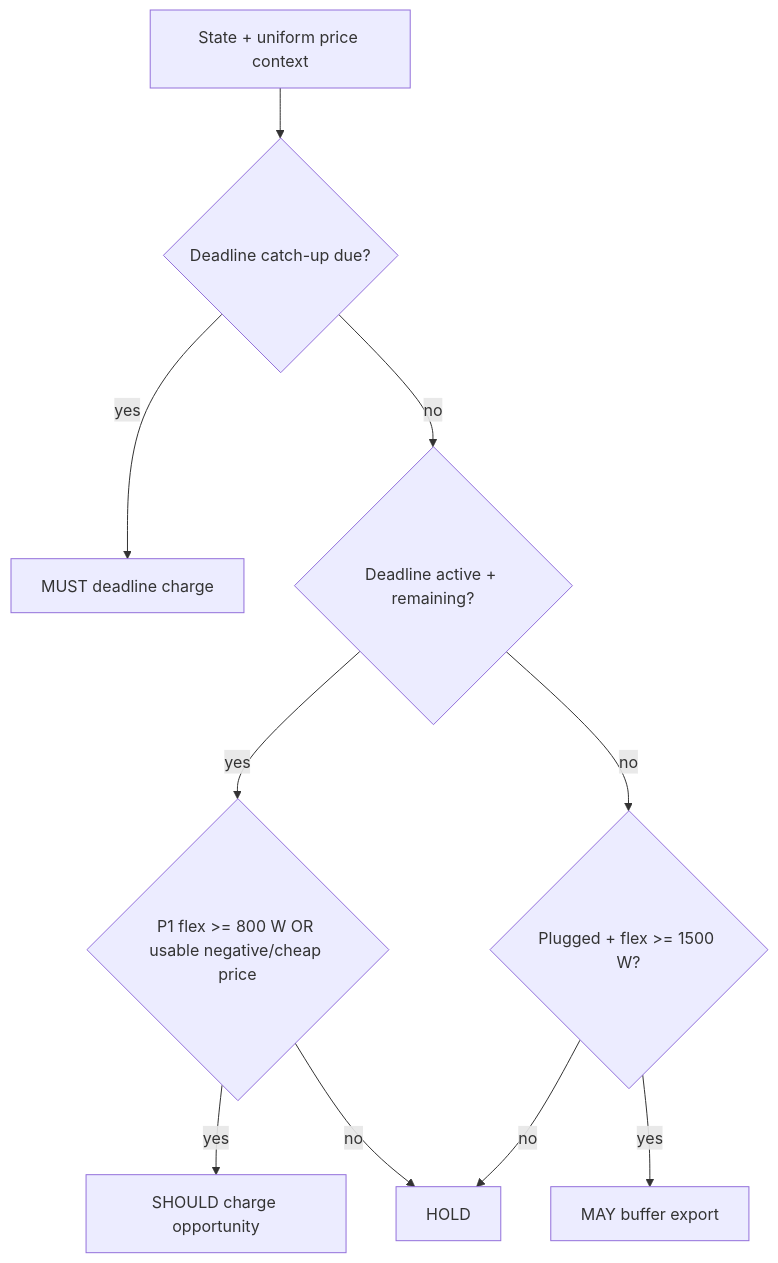
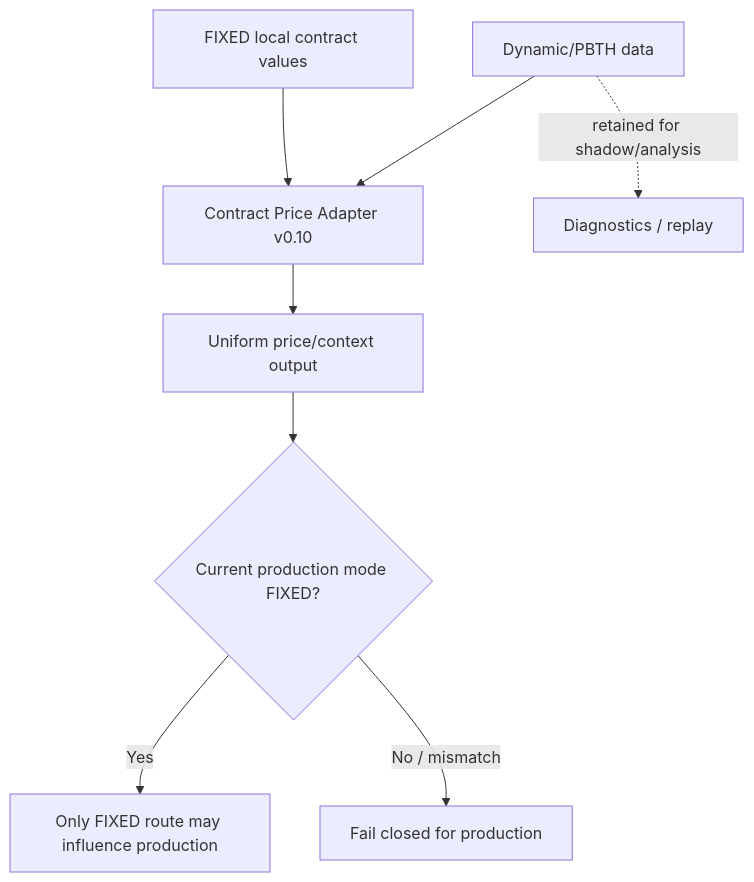
Before and after one commit to OnsKasteeltje/homey-energy-manual: the second of 3 diagrams in docs/software-architecture/flows/price-adapter-flow.md, drawn with Mermaid. The commit also changed other lines of this file, not shown here.

Commit message:
docs: align contract-price flow with FIXED ENGIE production governance

````diff
--- a/docs/software-architecture/flows/price-adapter-flow.md
+++ b/docs/software-architecture/flows/price-adapter-flow.md
@@ -121,12 +68,10 @@
 ```mermaid
 flowchart TD
-  A[State + uniform price context] --> B{Deadline catch-up due?}
-  B -->|yes| C[MUST deadline charge]
-  B -->|no| D{Deadline active + remaining?}
-  D -->|yes| E{P1 flex >= 800 W OR usable negative/cheap price}
-  E -->|yes| F[SHOULD charge opportunity]
-  E -->|no| G[HOLD]
-  D -->|no| H{Plugged + flex >= 1500 W?}
-  H -->|yes| I[MAY buffer export]
-  H -->|no| G
+  A[Contract Price Adapter v0.10] --> B[Uniform price/context output]
+  C[FIXED local contract values] --> A
+  D[Dynamic/PBTH data] --> A
+  B --> E{Current production mode FIXED?}
+  E -->|Yes| F[Only FIXED route may influence production]
+  E -->|No / mismatch| G[Fail closed for production]
+  D -. retained for shadow/analysis .-> H[Diagnostics / replay]
 ```
````
